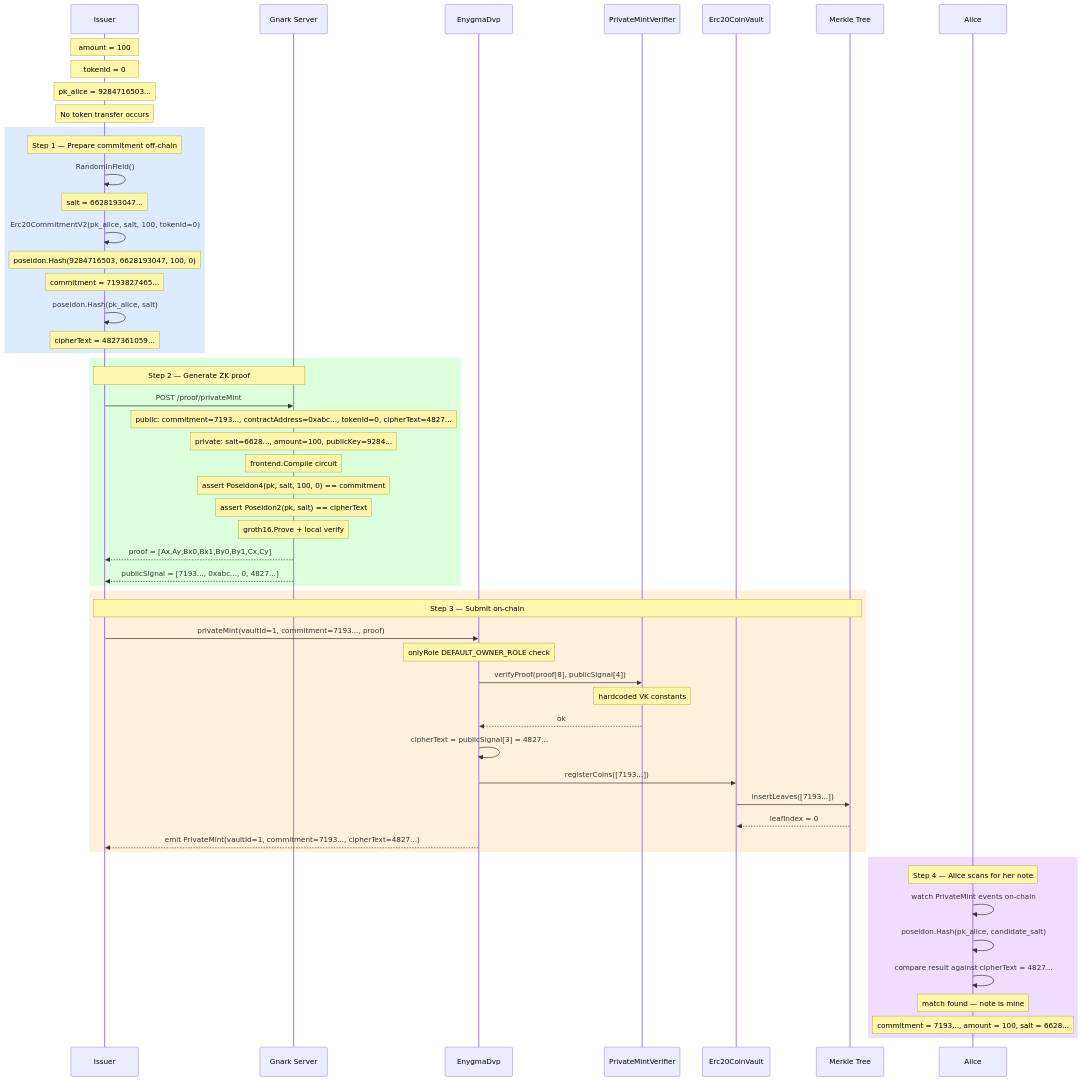
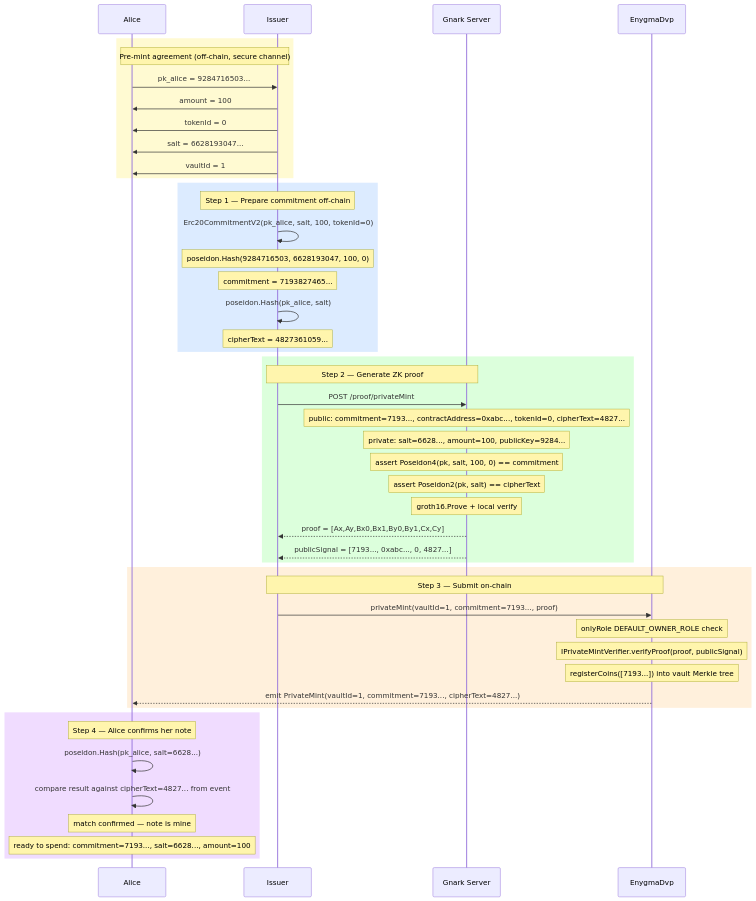
The diagram in enygma_dvp/docs/flows/02_private_mint.md (yaksetig/Enygma), drawn with Mermaid before and after one commit. The commit also changed other lines of this file, not shown here.

````diff
--- a/enygma_dvp/docs/flows/02_private_mint.md
+++ b/enygma_dvp/docs/flows/02_private_mint.md
@@ -81,74 +98,62 @@
 ```mermaid
 sequenceDiagram
+    participant Alice
     participant Issuer
     participant Gnark as Gnark Server
     participant DVP as EnygmaDvp
-    participant Verifier as PrivateMintVerifier
-    participant Vault as Erc20CoinVault
-    participant Tree as Merkle Tree
-    participant Alice
 
-    Note over Issuer: amount = 100
-    Note over Issuer: tokenId = 0
-    Note over Issuer: pk_alice = 9284716503...
-    Note over Issuer: No token transfer occurs
+    rect rgb(255, 250, 210)
+        Note over Alice,Issuer: Pre-mint agreement (off-chain, secure channel)
+
+        Alice->>Issuer: pk_alice = 9284716503...
+        Issuer->>Alice: amount = 100
+        Issuer->>Alice: tokenId = 0
+        Issuer->>Alice: salt = 6628193047...
+        Issuer->>Alice: vaultId = 1
+    end
 
     rect rgb(220, 235, 255)
         Note over Issuer: Step 1 — Prepare commitment off-chain
-
-        Issuer->>Issuer: RandomInField()
-        Note over Issuer: salt = 6628193047...
 
         Issuer->>Issuer: Erc20CommitmentV2(pk_alice, salt, 100, tokenId=0)
         Note over Issuer: poseidon.Hash(9284716503, 6628193047, 100, 0)
         Note over Issuer: commitment = 7193827465...
 
         Issuer->>Issuer: poseidon.Hash(pk_alice, salt)
         Note over Issuer: cipherText = 4827361059...
     end
 
     rect rgb(220, 255, 220)
         Note over Issuer,Gnark: Step 2 — Generate ZK proof
 
         Issuer->>Gnark: POST /proof/privateMint
         Note over Gnark: public:  commitment=7193..., contractAddress=0xabc..., tokenId=0, cipherText=4827...
         Note over Gnark: private: salt=6628..., amount=100, publicKey=9284...
-
-        Note over Gnark: frontend.Compile circuit
         Note over Gnark: assert Poseidon4(pk, salt, 100, 0) == commitment
         Note over Gnark: assert Poseidon2(pk, salt) == cipherText
         Note over Gnark: groth16.Prove + local verify
 
         Gnark-->>Issuer: proof = [Ax,Ay,Bx0,Bx1,By0,By1,Cx,Cy]
         Gnark-->>Issuer: publicSignal = [7193..., 0xabc..., 0, 4827...]
     end
 
     rect rgb(255, 240, 220)
-        Note over Issuer,Tree: Step 3 — Submit on-chain
+        Note over Issuer,DVP: Step 3 — Submit on-chain
 
         Issuer->>DVP: privateMint(vaultId=1, commitment=7193..., proof)
         Note over DVP: onlyRole DEFAULT_OWNER_ROLE check
+        Note over DVP: IPrivateMintVerifier.verifyProof(proof, publicSignal)
+        Note over DVP: registerCoins([7193...]) into vault Merkle tree
 
-        DVP->>Verifier: verifyProof(proof[8], publicSignal[4])
-        Note over Verifier: hardcoded VK constants
-        Verifier-->>DVP: ok
-
-        DVP->>DVP: cipherText = publicSignal[3] = 4827...
-
-        DVP->>Vault: registerCoins([7193...])
-        Vault->>Tree: insertLeaves([7193...])
-        Tree-->>Vault: leafIndex = 0
-
-        DVP-->>Issuer: emit PrivateMint(vaultId=1, commitment=7193..., cipherText=4827...)
+        DVP-->>Alice: emit PrivateMint(vaultId=1, commitment=7193..., cipherText=4827...)
     end
 
     rect rgb(240, 220, 255)
-        Note over Alice: Step 4 — Alice scans for her note
+        Note over Alice: Step 4 — Alice confirms her note
 
-        Alice->>Alice: watch PrivateMint events on-chain
-        Alice->>Alice: poseidon.Hash(pk_alice, candidate_salt)
-        Alice->>Alice: compare result against cipherText = 4827...
-        Note over Alice: match found — note is mine
-        Note over Alice: commitment = 7193..., amount = 100, salt = 6628...
+        Alice->>Alice: poseidon.Hash(pk_alice, salt=6628...)
+        Alice->>Alice: compare result against cipherText=4827... from event
+        Note over Alice: match confirmed — note is mine
+        Note over Alice: ready to spend: commitment=7193..., salt=6628..., amount=100
     end
 ```
````
